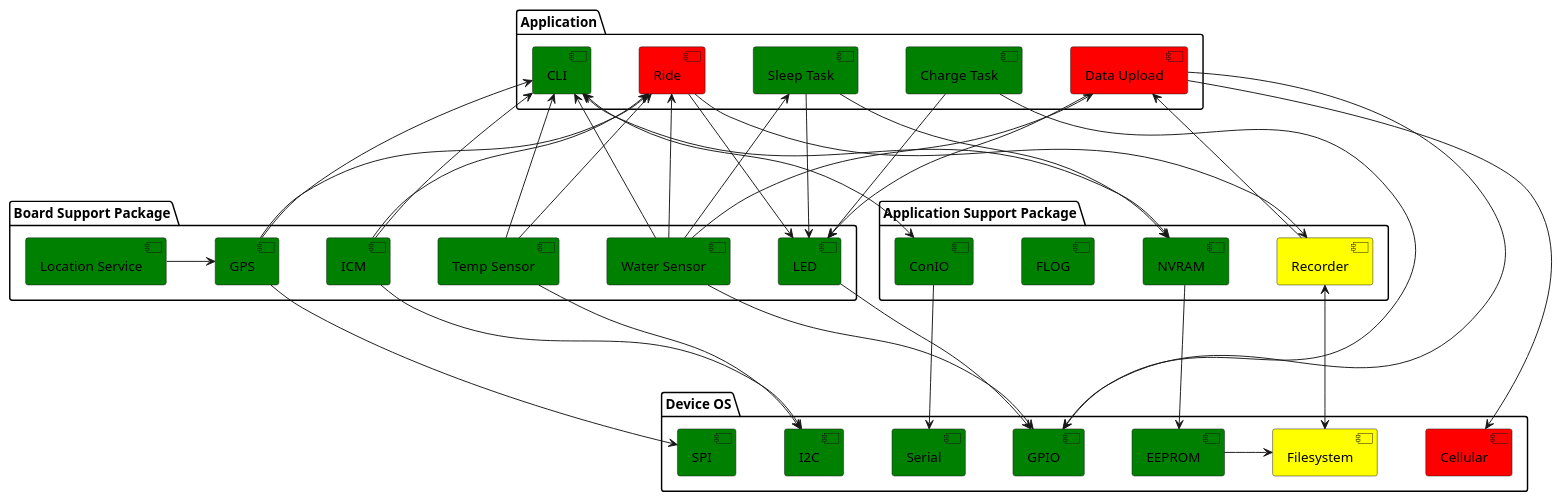
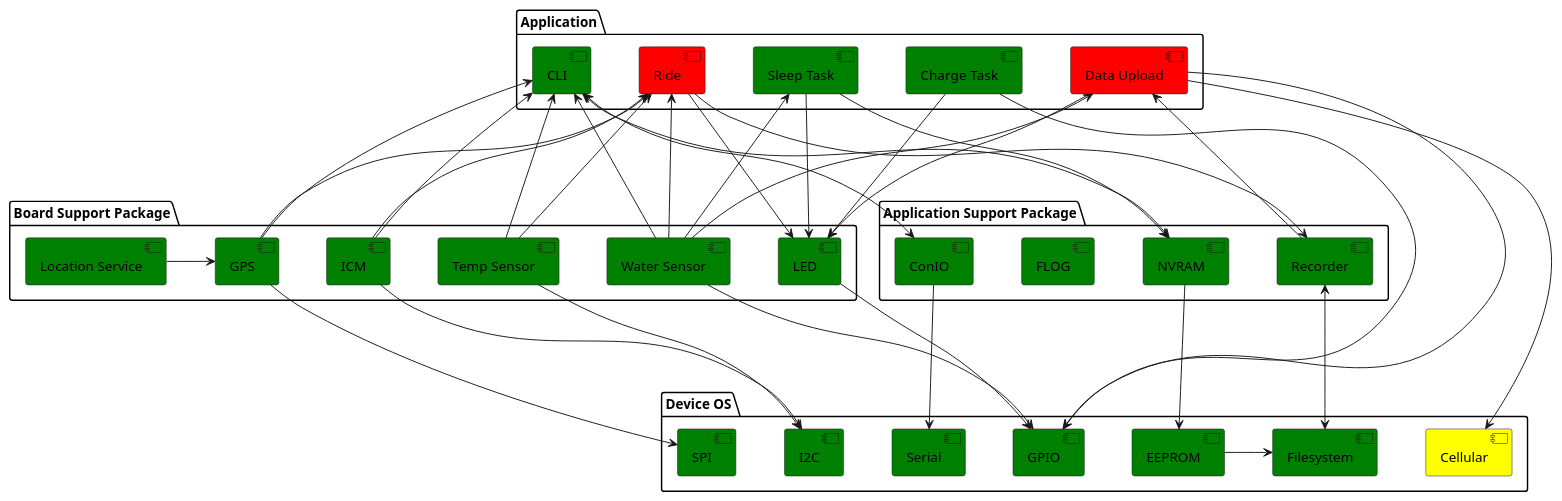
The diagram in docs/application.puml (UCSD-E4E/smartfin-fw3), drawn with PlantUML before and after one commit.

Commit message:
docs: Updated application progress

```diff
--- a/docs/application.puml
+++ b/docs/application.puml
@@ -4,87 +4,87 @@
 @startuml Service Diagram
 top to bottom direction
 
 skinparam nodesep 50
 skinparam ranksep 150
 
 package "Device OS" {
-    [Cellular] as cellular #Red
+    [Cellular] as cellular #Yellow
     [I2C] as i2c #Green
     [Serial] as serial #Green
-    [Filesystem] as fs #Yellow
+    [Filesystem] as fs #Green
     [SPI] as spi #Green
     [GPIO] as gpio #Green
     [EEPROM] as eeprom #Green
 }
 
 
 package "Application" {
     [CLI] as cli #Green
     [Ride] as ride #Red
     [Charge Task] as charge_task #Green
     [Sleep Task] as sleep_task #Green
     [Data Upload] as upload #Red
 }
 
 package "Board Support Package" {
     [Temp Sensor] as temp_sensor #Green
     [Water Sensor] as water_sensor #Green
     [Location Service] as loc_service #Green
     [GPS] as gps #Green
     [LED] as led #Green
     [ICM] as icm #Green
 }
 
 package "Application Support Package" {
     [ConIO] as conio #Green
-    [Recorder] as recorder #Yellow
+    [Recorder] as recorder #Green
     [FLOG] as flog #Green
     [NVRAM] as nvram #Green
 }
 
 ride <-- temp_sensor
 ride <-- gps
 ride <-- icm
 ride --> recorder
 ' ride -r-> flog
 ride <-- water_sensor
 loc_service -r-> gps
 charge_task --> led
 ' charge_task -r-> flog
 sleep_task --> led
 sleep_task --> nvram
 ' sleep_task -r-> flog
 
 cli <-- gps
 cli <-- temp_sensor
 cli <--> conio
 ' cli -r-> flog
 cli <-- icm
 cli <--> nvram
 cli <-- water_sensor
 
 gps --> spi
 icm --> i2c
 temp_sensor --> i2c
 conio --> serial
 recorder <--> fs
 
 water_sensor --> gpio
 led --> gpio
 ride --> led
 nvram --> eeprom
 eeprom -> fs
 upload <-- recorder
 upload --> cellular
 upload <-- water_sensor
 upload --> led
 charge_task --> gpio
 upload --> gpio
 sleep_task <-- water_sensor
 ' recorder -u-> flog
 ' conio -u-> flog
 ' gps -u-> flog
 ' icm -u-> flog
 ' water_sensor -u-> flog
 ' temp_sensor -u-> flog
 @enduml
```
